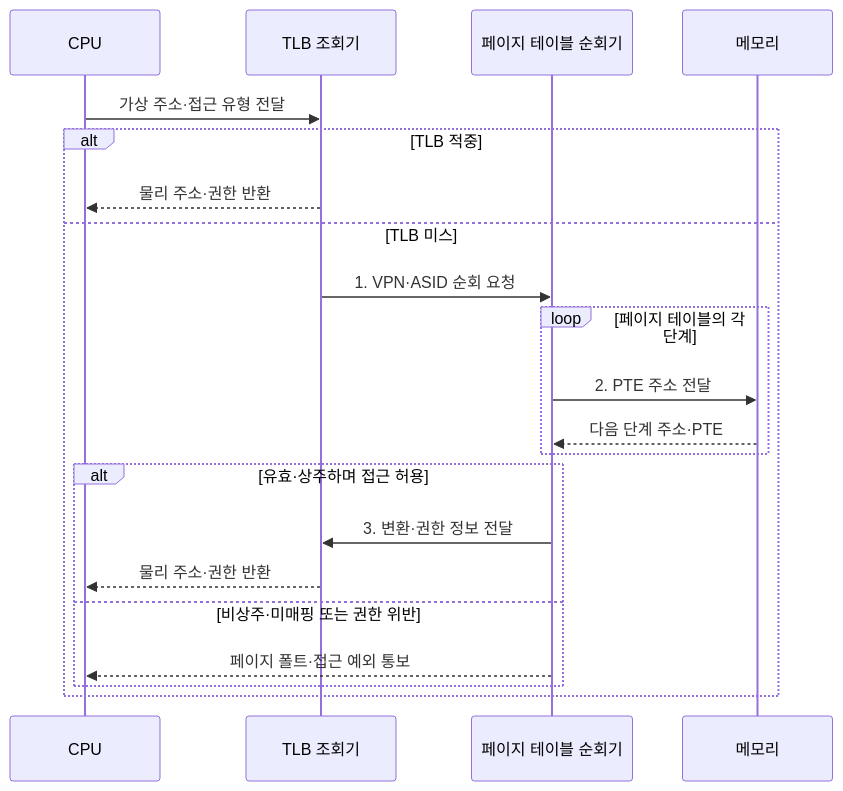
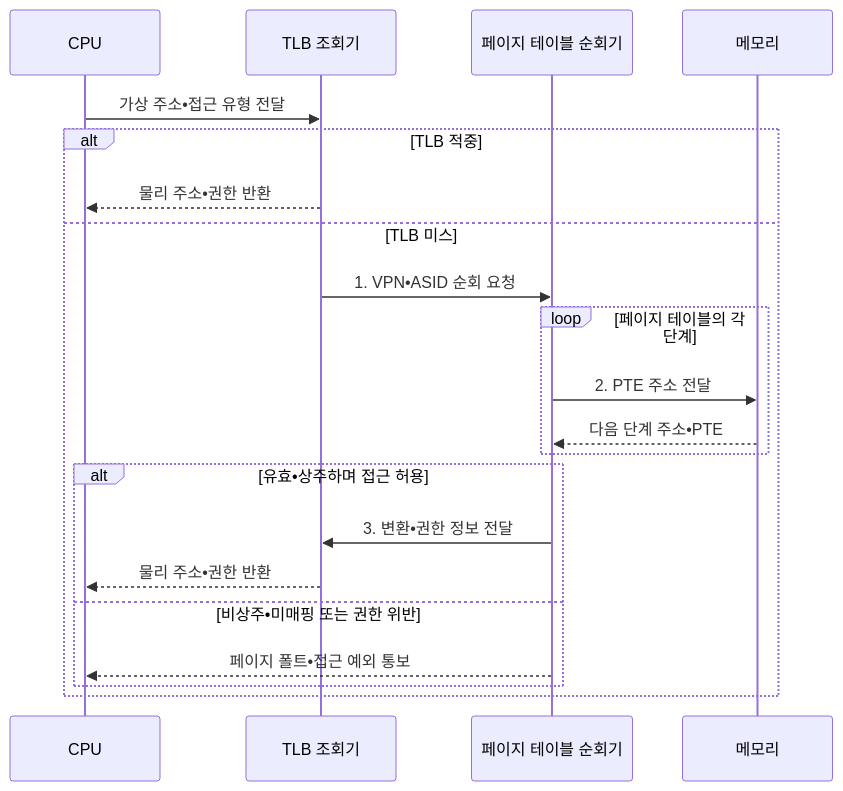
One commit to agnusdei1207/knowledge-base changed the second of 2 diagrams in src/content/docs/notes/02-hardware/016_tlb.md. Above: the diagram before and after it, drawn with Mermaid. The commit also changed other lines of this file and 953 other files, not shown here.

````diff
--- a/src/content/docs/notes/02-hardware/016_tlb.md
+++ b/src/content/docs/notes/02-hardware/016_tlb.md
@@ -102,23 +102,23 @@
 ```mermaid
 sequenceDiagram
     participant C as CPU
     participant L as TLB 조회기
     participant W as 페이지 테이블 순회기
     participant M as 메모리
-    C->>L: 가상 주소·접근 유형 전달
+    C->>L: 가상 주소•접근 유형 전달
     alt TLB 적중
-        L-->>C: 물리 주소·권한 반환
+        L-->>C: 물리 주소•권한 반환
     else TLB 미스
-        L->>W: 1. VPN·ASID 순회 요청
+        L->>W: 1. VPN•ASID 순회 요청
         loop 페이지 테이블의 각 단계
             W->>M: 2. PTE 주소 전달
-            M-->>W: 다음 단계 주소·PTE
+            M-->>W: 다음 단계 주소•PTE
         end
-        alt 유효·상주하며 접근 허용
-            W->>L: 3. 변환·권한 정보 전달
-            L-->>C: 물리 주소·권한 반환
-        else 비상주·미매핑 또는 권한 위반
-            W-->>C: 페이지 폴트·접근 예외 통보
+        alt 유효•상주하며 접근 허용
+            W->>L: 3. 변환•권한 정보 전달
+            L-->>C: 물리 주소•권한 반환
+        else 비상주•미매핑 또는 권한 위반
+            W-->>C: 페이지 폴트•접근 예외 통보
         end
     end
 ```
````
